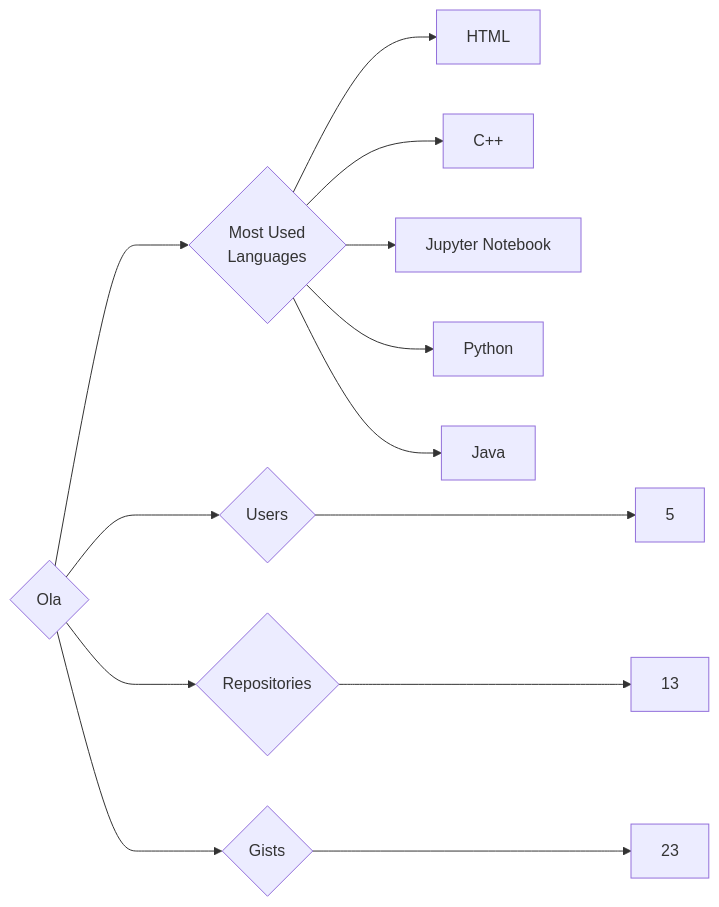
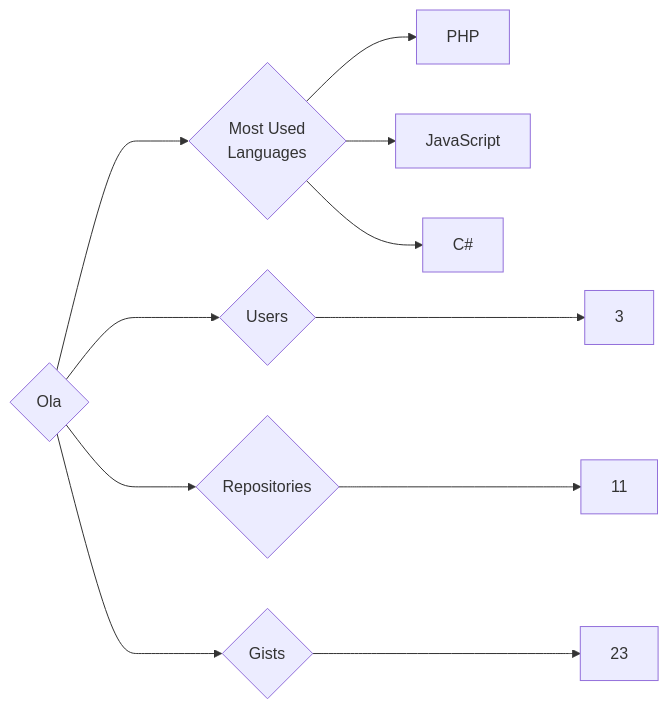
One commit to trickest/insiders changed the diagram in targets/Ola/README.md. Above: the diagram before and after it, drawn with Mermaid. The commit also changed 1484 other files, not shown here.

````diff
--- a/targets/Ola/README.md
+++ b/targets/Ola/README.md
@@ -3,13 +3,11 @@
 ```mermaid
 graph LR
 COMPANY_NAME{Ola}
-COMPANY_NAME ---> U{Users} ---> UN[5]
-COMPANY_NAME ---> R{Repositories} ---> RN[13]
+COMPANY_NAME ---> U{Users} ---> UN[3]
+COMPANY_NAME ---> R{Repositories} ---> RN[11]
 COMPANY_NAME ---> G{Gists} ---> GN[23]
 COMPANY_NAME ---> ML{Most Used<br>Languages}
-ML --> HTML[HTML]
-ML --> C++[C++]
-ML --> Jupyter_Notebook[Jupyter Notebook]
-ML --> Python[Python]
-ML --> Java[Java]
+ML --> PHP[PHP]
+ML --> JavaScript[JavaScript]
+ML --> C#[C#]
 ```
````
